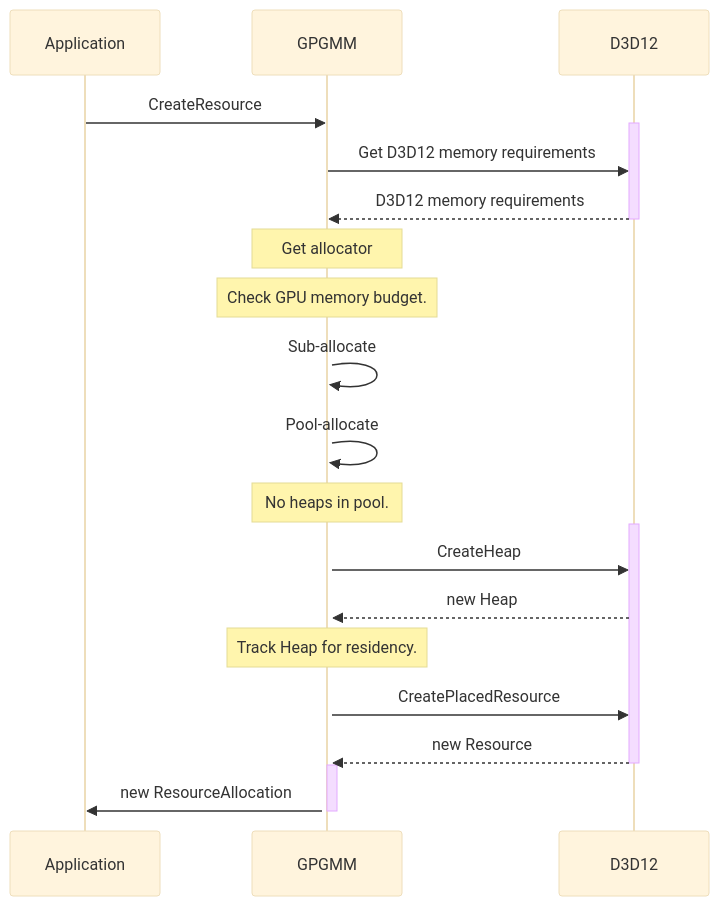
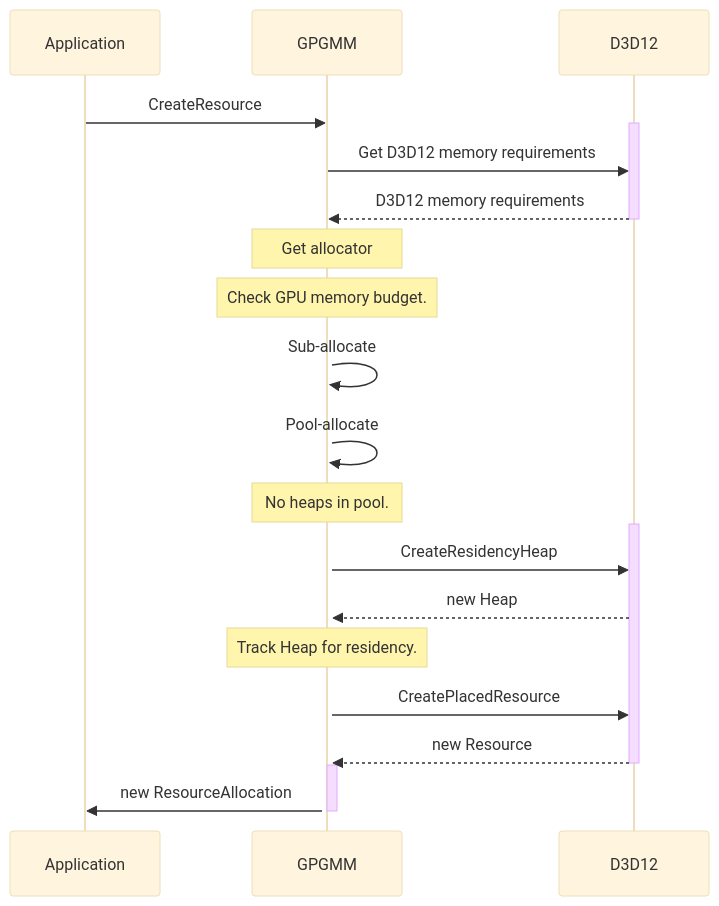
One commit to intel/GPGMM changed the third of 3 diagrams in docs/DESIGN.md. Above: the diagram before and after it, drawn with Mermaid (base theme). The commit also changed 31 other files, not shown here.

````diff
--- a/docs/DESIGN.md
+++ b/docs/DESIGN.md
@@ -133,27 +133,27 @@
 ```mermaid
 sequenceDiagram
     participant Application
     participant GPGMM
     participant D3D12
     Application->>GPGMM: CreateResource
     activate D3D12
     GPGMM->>D3D12: Get D3D12 memory requirements
     D3D12-->>GPGMM: D3D12 memory requirements
     deactivate D3D12
     activate GPGMM
     Note over GPGMM: Get allocator
     Note over GPGMM: Check GPU memory budget.
     GPGMM->>GPGMM: Sub-allocate
     GPGMM->>GPGMM: Pool-allocate
     Note over GPGMM: No heaps in pool.
     activate D3D12
-    GPGMM->>D3D12: CreateHeap
+    GPGMM->>D3D12: CreateResidencyHeap
     D3D12-->>GPGMM: new Heap
     Note over GPGMM: Track Heap for residency.
     GPGMM->>D3D12: CreatePlacedResource
     D3D12-->>GPGMM: new Resource
     deactivate D3D12
     activate GPGMM
     GPGMM->>Application: new ResourceAllocation
     deactivate GPGMM
 ```
````
